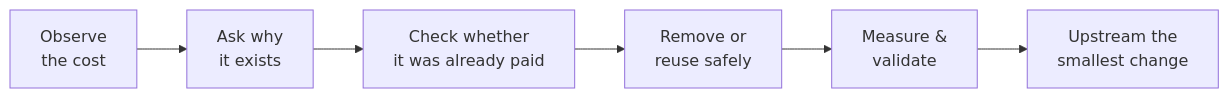
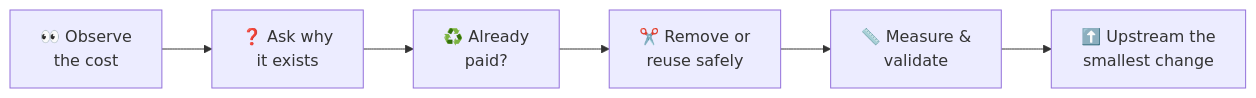
The sixth of 6 diagrams in README.md (Johnny-Kao/CoreFoundry-Project), drawn with Mermaid before and after one commit. The commit also changed other lines of this file, not shown here.

````diff
--- a/README.md
+++ b/README.md
@@ -198,5 +202,5 @@
 ```mermaid
 flowchart LR
-    A["Observe<br/>the cost"] --> B["Ask why<br/>it exists"] --> C["Check whether<br/>it was already paid"]
-    C --> D["Remove or<br/>reuse safely"] --> E["Measure &<br/>validate"] --> F["Upstream the<br/>smallest change"]
+    A["👀 Observe<br/>the cost"] --> B["❓ Ask why<br/>it exists"] --> C["♻️ Already<br/>paid?"]
+    C --> D["✂️ Remove or<br/>reuse safely"] --> E["📏 Measure &<br/>validate"] --> F["⬆️ Upstream the<br/>smallest change"]
 ```
````
